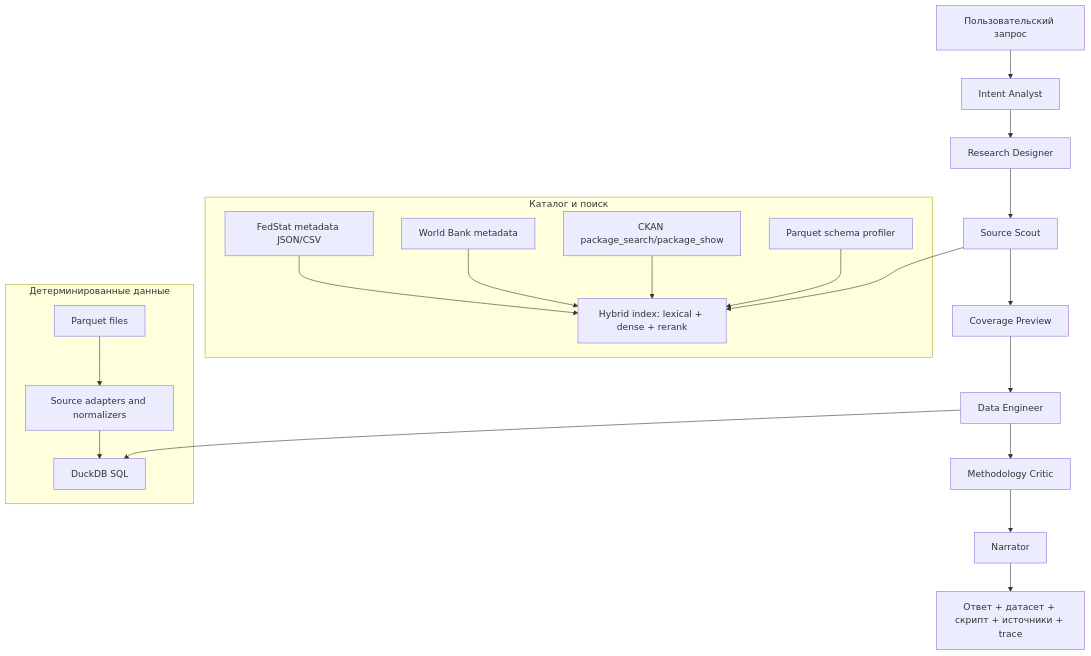
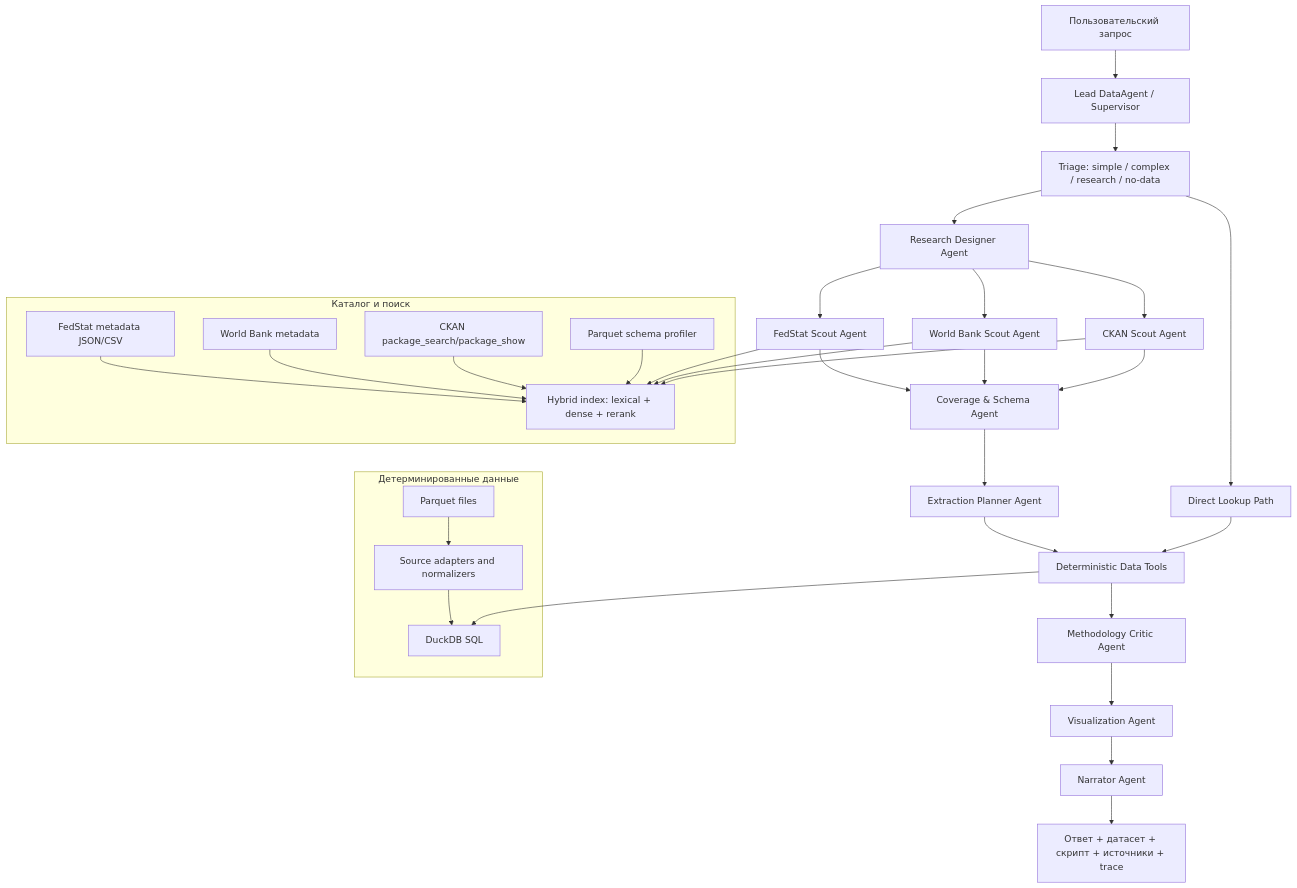
The first of 2 diagrams in .planning/ARCHITECTURE_STACK.md (Mput13/NCESD-DataAgent), drawn with Mermaid before and after one commit. The commit also changed other lines of this file and 5 other files, not shown here.

Commit message:
Enhance architecture: detail multi-agent supervisor, human-in-the-loop, and UI strategy; reorganize project files

````diff
--- a/.planning/ARCHITECTURE_STACK.md
+++ b/.planning/ARCHITECTURE_STACK.md
@@ -37,34 +37,48 @@
 ```mermaid
 flowchart TD
-    U["Пользовательский запрос"] --> IA["Intent Analyst"]
-    IA --> RD["Research Designer"]
-    RD --> SR["Source Scout"]
-    SR --> CP["Coverage Preview"]
-    CP --> DE["Data Engineer"]
-    DE --> MC["Methodology Critic"]
-    MC --> NR["Narrator"]
+    U["Пользовательский запрос"] --> LDA["Lead DataAgent / Supervisor"]
+    LDA --> TRIAGE["Triage: simple / complex / research / no-data"]
+    TRIAGE --> RD["Research Designer Agent"]
+    TRIAGE --> DIRECT["Direct Lookup Path"]
+
+    RD --> FS["FedStat Scout Agent"]
+    RD --> WBS["World Bank Scout Agent"]
+    RD --> CKAN["CKAN Scout Agent"]
+
+    FS --> CP["Coverage & Schema Agent"]
+    WBS --> CP
+    CKAN --> CP
+
+    CP --> PLAN["Extraction Planner Agent"]
+    PLAN --> TOOLS["Deterministic Data Tools"]
+    TOOLS --> MC["Methodology Critic Agent"]
+    MC --> VIZ["Visualization Agent"]
+    VIZ --> NR["Narrator Agent"]
+    DIRECT --> TOOLS
     NR --> OUT["Ответ + датасет + скрипт + источники + trace"]
 
     subgraph Catalog["Каталог и поиск"]
         M1["FedStat metadata JSON/CSV"]
         M2["World Bank metadata"]
         M3["CKAN package_search/package_show"]
         M4["Parquet schema profiler"]
         IDX["Hybrid index: lexical + dense + rerank"]
         M1 --> IDX
         M2 --> IDX
         M3 --> IDX
         M4 --> IDX
     end
 
     subgraph Data["Детерминированные данные"]
         P["Parquet files"]
         N["Source adapters and normalizers"]
         D["DuckDB SQL"]
         P --> N
         N --> D
     end
 
-    SR --> IDX
-    DE --> D
+    FS --> IDX
+    WBS --> IDX
+    CKAN --> IDX
+    TOOLS --> D
 ```
````
